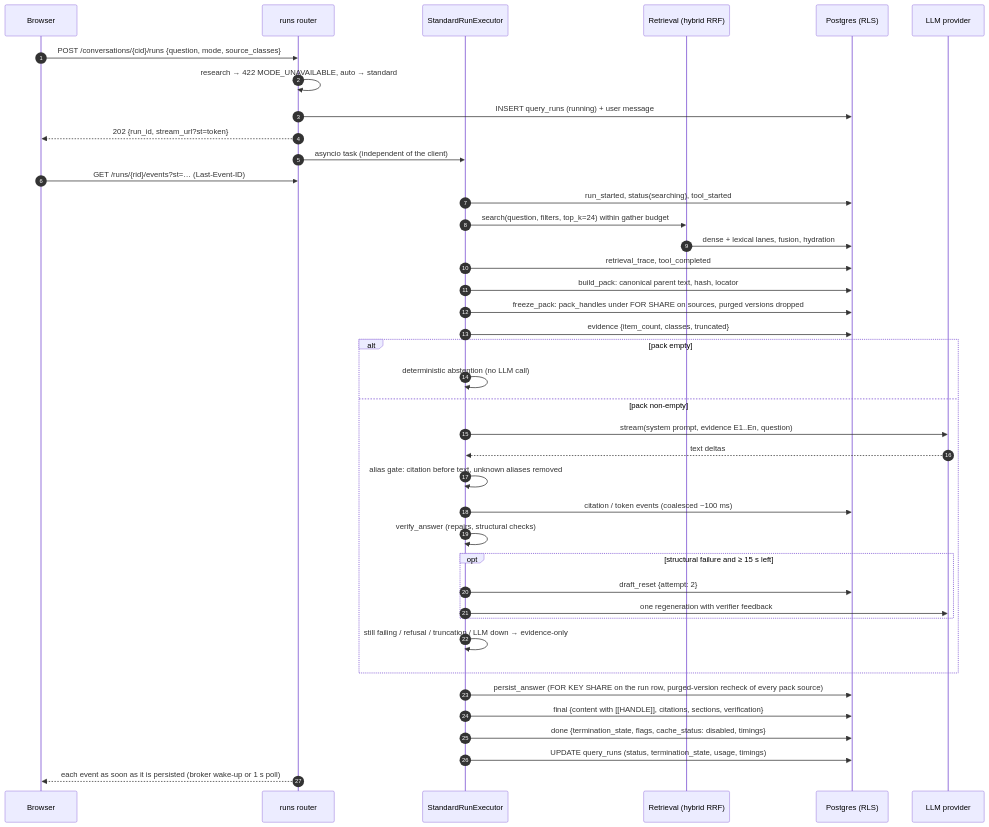
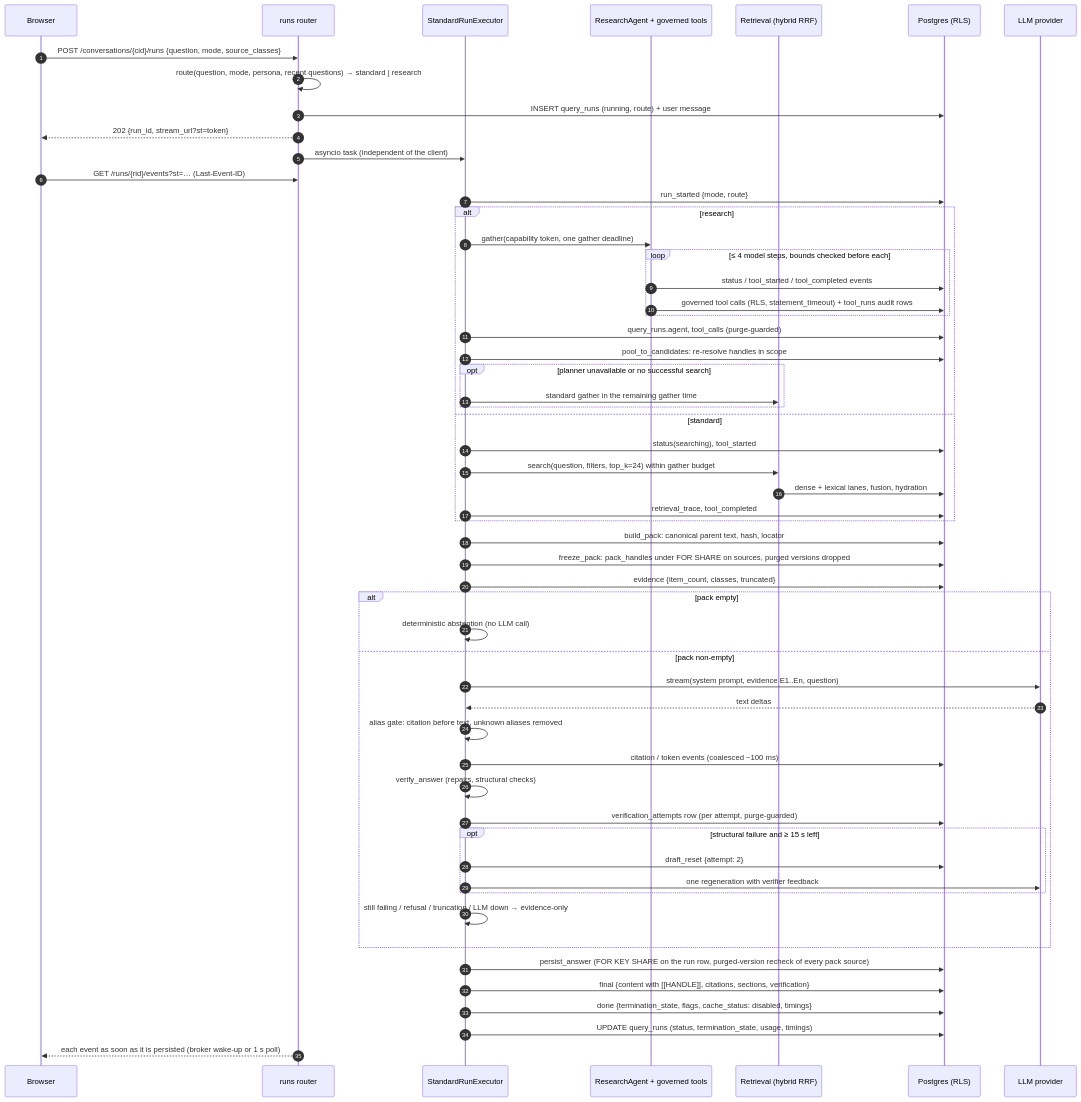
The diagram in docs/SYSTEM_DESIGN.md (aaryanbhardwaj1/MarketSignal), drawn with Mermaid before and after one commit. The commit also changed other lines of this file and 10 other files, not shown here.

First line of the commit message:
docs: Phase 4 research agent and governed tools deep dives, ADR notes, deviations

````diff
--- a/docs/SYSTEM_DESIGN.md
+++ b/docs/SYSTEM_DESIGN.md
@@ -84,43 +100,59 @@
 ```mermaid
 sequenceDiagram
     autonumber
     participant B as Browser
     participant API as runs router
     participant X as StandardRunExecutor
+    participant A as ResearchAgent + governed tools
     participant R as Retrieval (hybrid RRF)
     participant DB as Postgres (RLS)
     participant L as LLM provider
 
     B->>API: POST /conversations/{cid}/runs {question, mode, source_classes}
-    API->>API: research → 422 MODE_UNAVAILABLE, auto → standard
-    API->>DB: INSERT query_runs (running) + user message
+    API->>API: route(question, mode, persona, recent questions) → standard | research
+    API->>DB: INSERT query_runs (running, route) + user message
     API-->>B: 202 {run_id, stream_url?st=token}
     API->>X: asyncio task (independent of the client)
     B->>API: GET /runs/{rid}/events?st=… (Last-Event-ID)
-    X->>DB: run_started, status(searching), tool_started
-    X->>R: search(question, filters, top_k=24) within gather budget
-    R->>DB: dense + lexical lanes, fusion, hydration
-    X->>DB: retrieval_trace, tool_completed
+    X->>DB: run_started {mode, route}
+    alt research
+        X->>A: gather(capability token, one gather deadline)
+        loop ≤ 4 model steps, bounds checked before each
+            A->>DB: status / tool_started / tool_completed events
+            A->>DB: governed tool calls (RLS, statement_timeout) + tool_runs audit rows
+        end
+        X->>DB: query_runs.agent, tool_calls (purge-guarded)
+        X->>DB: pool_to_candidates: re-resolve handles in scope
+        opt planner unavailable or no successful search
+            X->>R: standard gather in the remaining gather time
+        end
+    else standard
+        X->>DB: status(searching), tool_started
+        X->>R: search(question, filters, top_k=24) within gather budget
+        R->>DB: dense + lexical lanes, fusion, hydration
+        X->>DB: retrieval_trace, tool_completed
+    end
     X->>DB: build_pack: canonical parent text, hash, locator
     X->>DB: freeze_pack: pack_handles under FOR SHARE on sources, purged versions dropped
     X->>DB: evidence {item_count, classes, truncated}
     alt pack empty
         X->>X: deterministic abstention (no LLM call)
     else pack non-empty
         X->>L: stream(system prompt, evidence E1..En, question)
         L-->>X: text deltas
         X->>X: alias gate: citation before text, unknown aliases removed
         X->>DB: citation / token events (coalesced ~100 ms)
         X->>X: verify_answer (repairs, structural checks)
+        X->>DB: verification_attempts row (per attempt, purge-guarded)
         opt structural failure and ≥ 15 s left
             X->>DB: draft_reset {attempt: 2}
             X->>L: one regeneration with verifier feedback
         end
         X->>X: still failing / refusal / truncation / LLM down → evidence-only
     end
     X->>DB: persist_answer (FOR KEY SHARE on the run row, purged-version recheck of every pack source)
     X->>DB: final {content with [[HANDLE]], citations, sections, verification}
     X->>DB: done {termination_state, flags, cache_status: disabled, timings}
     X->>DB: UPDATE query_runs (status, termination_state, usage, timings)
     API-->>B: each event as soon as it is persisted (broker wake-up or 1 s poll)
 ```
````
